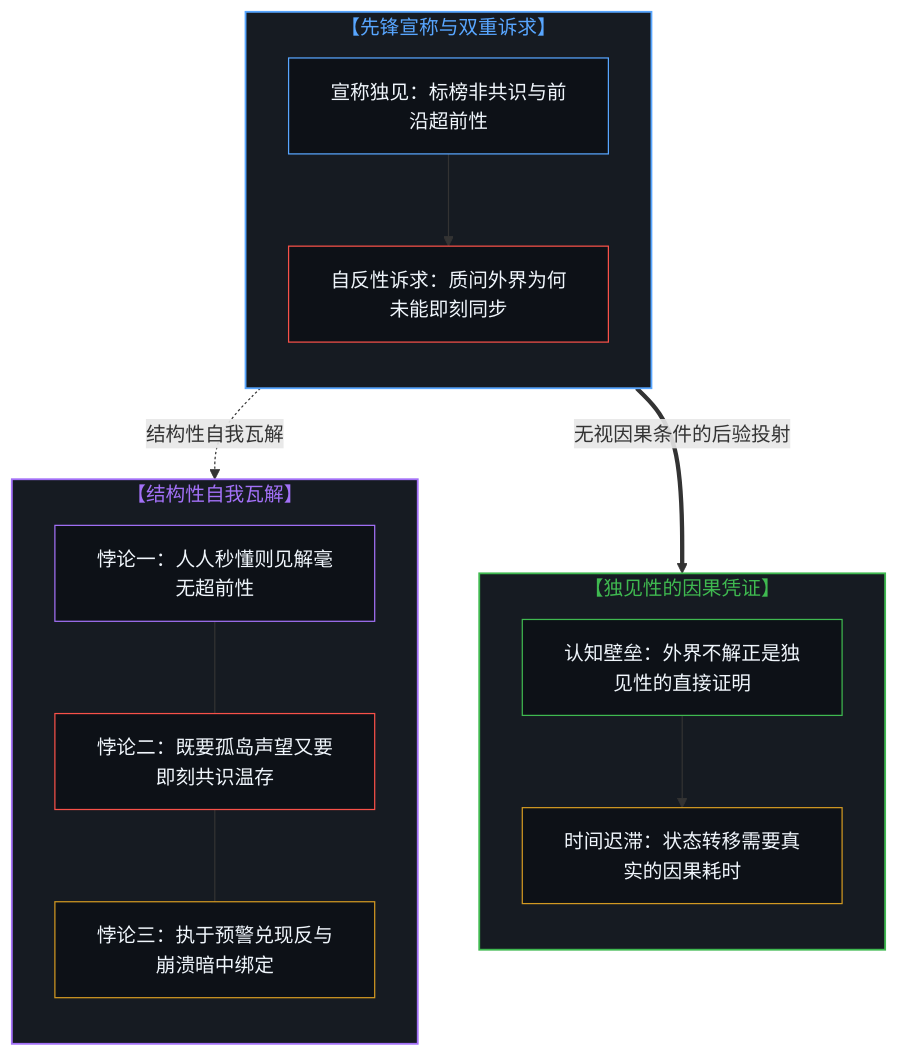
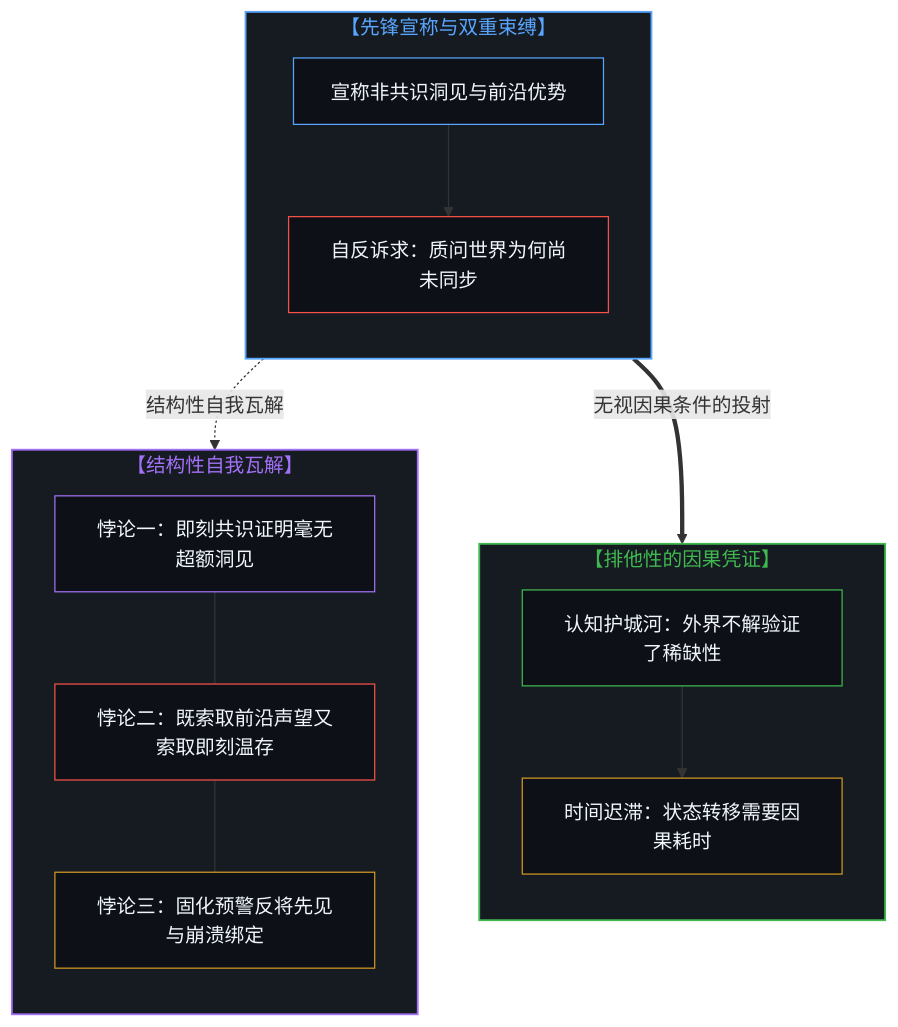
One commit to powerpig99/not-a-toe changed the third of 4 diagrams in content/posts/the-reflexive-dilemma-of-unique-insight.md. Above: the diagram before and after it, drawn with Mermaid. The commit also changed other lines of this file and 2 other files, not shown here.

````diff
--- a/content/posts/the-reflexive-dilemma-of-unique-insight.md
+++ b/content/posts/the-reflexive-dilemma-of-unique-insight.md
@@ -95,38 +89,34 @@
 ```mermaid
 flowchart TD
-  subgraph S_CLAIM["【先锋宣称与双重诉求】"]
+  subgraph S_CLAIM["【先锋宣称与双重束缚】"]
     direction TB
-    C_ALPHA["宣称独见：标榜非共识与前沿超前性"]
-    C_DEMAND["自反性诉求：质问外界为何未能即刻同步"]
+    C_ALPHA["宣称非共识洞见与前沿优势"]
+    C_DEMAND["自反诉求：质问世界为何尚未同步"]
     C_ALPHA --> C_DEMAND
   end
-
-  subgraph S_PROOF["【独见性的因果凭证】"]
+  subgraph S_PROOF["【排他性的因果凭证】"]
     direction TB
-    R_GAP["认知壁垒：外界不解正是独见性的直接证明"]
-    R_TIME["时间迟滞：状态转移需要真实的因果耗时"]
+    R_GAP["认知护城河：外界不解验证了稀缺性"]
+    R_TIME["时间迟滞：状态转移需要因果耗时"]
     R_GAP --> R_TIME
   end
-
   subgraph S_PARADOX["【结构性自我瓦解】"]
     direction TB
-    X_COLLAPSE["悖论一：人人秒懂则见解毫无超前性"]
-    X_ABSURD["悖论二：既要孤岛声望又要即刻共识温存"]
-    X_PROPHET["悖论三：执于预警兑现反与崩溃暗中绑定"]
+    X_COLLAPSE["悖论一：即刻共识证明毫无超额洞见"]
+    X_ABSURD["悖论二：既索取前沿声望又索取即刻温存"]
+    X_PROPHET["悖论三：固化预警反将先见与崩溃绑定"]
     X_COLLAPSE --- X_ABSURD --- X_PROPHET
   end
-
-  C_DEMAND ==>|"无视因果条件的后验投射"| R_TIME
+  C_DEMAND ==>|"无视因果条件的投射"| R_TIME
   C_DEMAND -.->|"结构性自我瓦解"| S_PARADOX
-
   style S_CLAIM fill:#161b22,stroke:#58a6ff,stroke-width:1.5px,color:#58a6ff
   style S_PROOF fill:#161b22,stroke:#3fb950,stroke-width:1.5px,color:#3fb950
   style S_PARADOX fill:#161b22,stroke:#a371f7,stroke-width:1.5px,color:#a371f7
   style C_ALPHA fill:#0d1117,stroke:#58a6ff,stroke-width:1px,color:#f0f6fc
   style C_DEMAND fill:#0d1117,stroke:#f85149,stroke-width:1px,color:#f0f6fc
   style R_GAP fill:#0d1117,stroke:#3fb950,stroke-width:1px,color:#f0f6fc
   style R_TIME fill:#0d1117,stroke:#d29922,stroke-width:1px,color:#f0f6fc
   style X_COLLAPSE fill:#0d1117,stroke:#a371f7,stroke-width:1px,color:#f0f6fc
   style X_ABSURD fill:#0d1117,stroke:#f85149,stroke-width:1px,color:#f0f6fc
   style X_PROPHET fill:#0d1117,stroke:#d29922,stroke-width:1px,color:#f0f6fc
 ```
````
